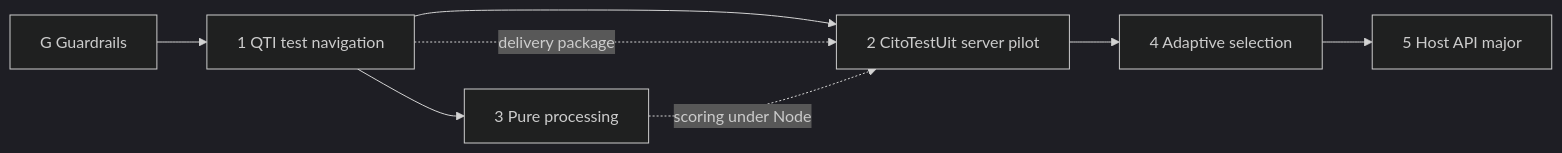
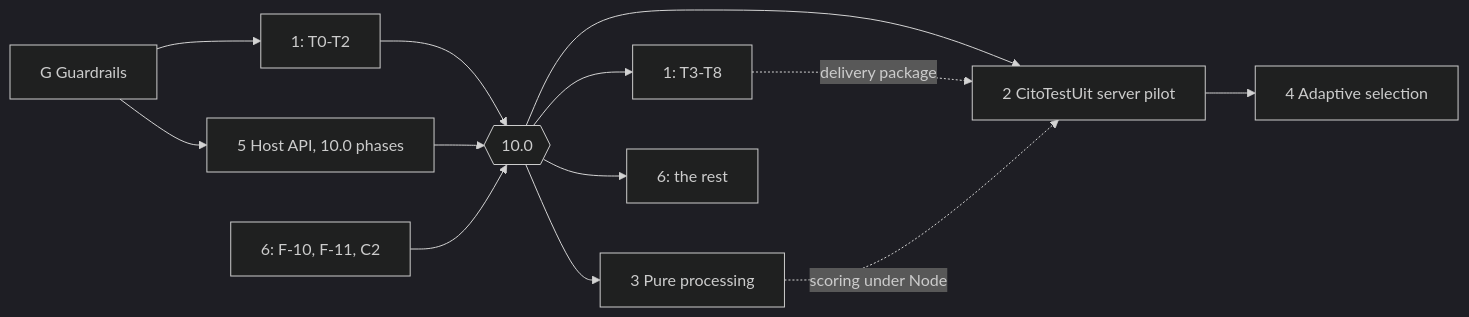
One commit to Citolab/qti-components changed the diagram in plans/ROADMAP.md. Above: the diagram before and after it, drawn with Mermaid (dark theme). The commit also changed other lines of this file and 6 other files, not shown here.

````diff
--- a/plans/ROADMAP.md
+++ b/plans/ROADMAP.md
@@ -18,10 +22,15 @@
 ```mermaid
 graph LR
-  G[G Guardrails] --> R1[1 QTI test navigation]
-  R1 --> R2[2 CitoTestUit server pilot]
-  R1 --> R3[3 Pure processing]
+  G[G Guardrails] --> R1a[1: T0-T2]
+  G --> R5[5 Host API, 10.0 phases]
+  R1a --> V10{{10.0}}
+  R5 --> V10
+  R6a[6: F-10, F-11, C2] --> V10
+  V10 --> R1b[1: T3-T8]
+  V10 --> R2[2 CitoTestUit server pilot]
+  V10 --> R3[3 Pure processing]
   R2 --> R4[4 Adaptive selection]
-  R4 --> R5[5 Host API major]
-  R1 -. delivery package .-> R2
+  V10 --> R6b[6: the rest]
+  R1b -. delivery package .-> R2
   R3 -. scoring under Node .-> R2
 ```
````
